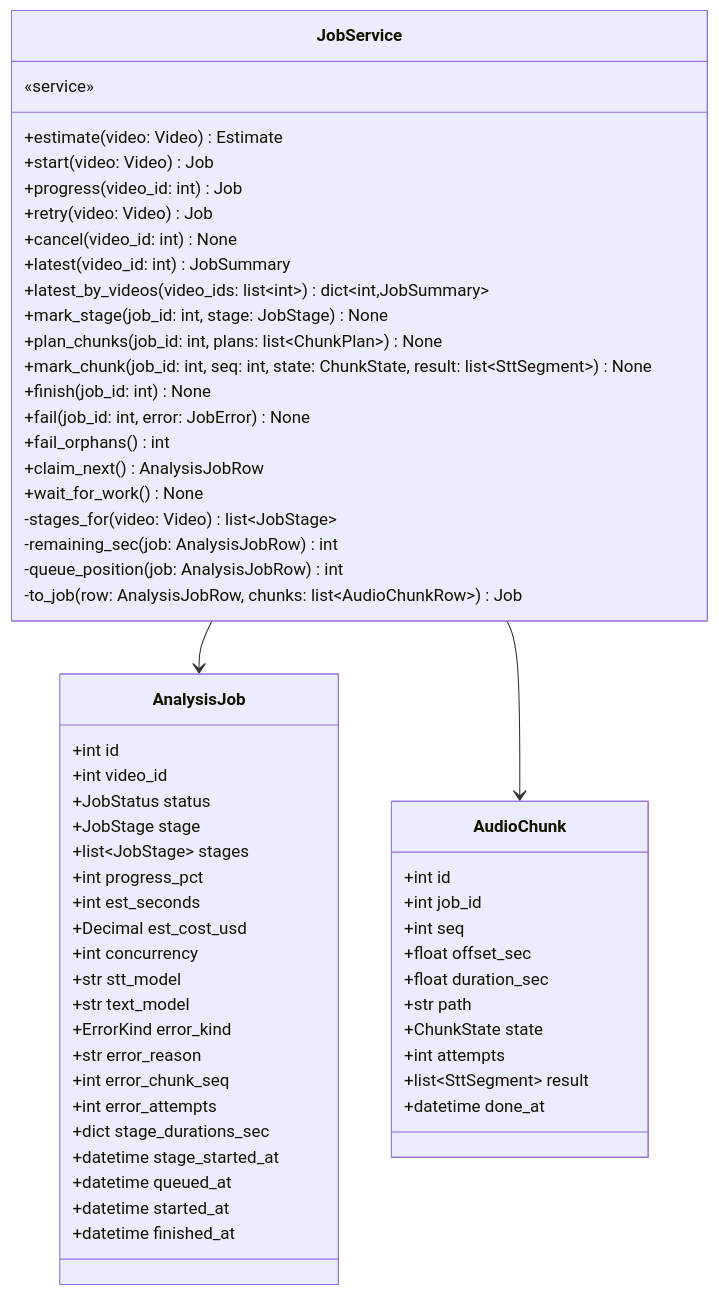
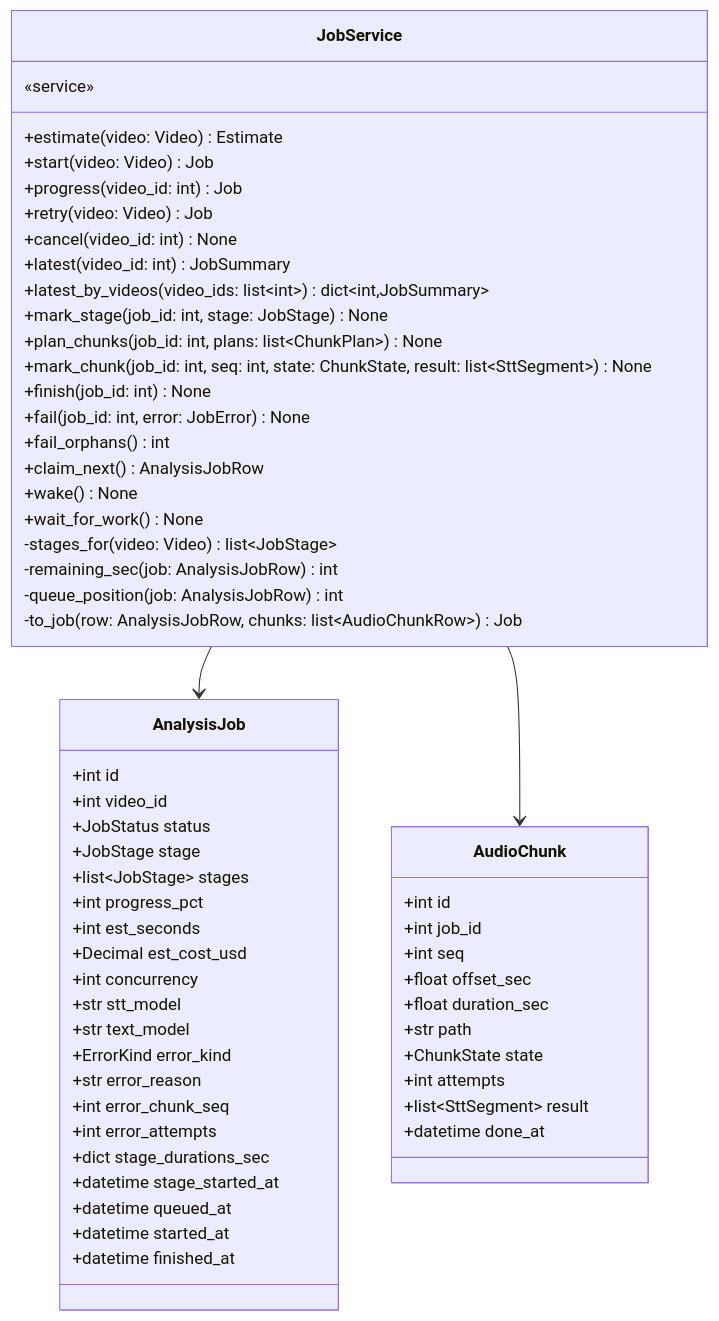
One commit to HoyoungParkme/video-agent changed diagram 15 of 18 in docs/specs/06-DOM/VA-DOM-002.md. Above: the diagram before and after it, drawn with Mermaid. The commit also changed other lines of this file, not shown here.

Commit message:
되먹임 모아 닫기 — wake·worker(load_video), .env 제자리 쓰기, require_key 비동기, api_key, prompts/__init__·shared/timecode, 7장 정리

````diff
--- a/docs/specs/06-DOM/VA-DOM-002.md
+++ b/docs/specs/06-DOM/VA-DOM-002.md
@@ -652,61 +658,62 @@
 ```mermaid
 classDiagram
     class JobService {
         «service»
         +estimate(video: Video) Estimate
         +start(video: Video) Job
         +progress(video_id: int) Job
         +retry(video: Video) Job
         +cancel(video_id: int) None
         +latest(video_id: int) JobSummary
         +latest_by_videos(video_ids: list~int~) dict~int,JobSummary~
         +mark_stage(job_id: int, stage: JobStage) None
         +plan_chunks(job_id: int, plans: list~ChunkPlan~) None
         +mark_chunk(job_id: int, seq: int, state: ChunkState, result: list~SttSegment~) None
         +finish(job_id: int) None
         +fail(job_id: int, error: JobError) None
         +fail_orphans() int
         +claim_next() AnalysisJobRow
+        +wake() None
         +wait_for_work() None
         -stages_for(video: Video) list~JobStage~
         -remaining_sec(job: AnalysisJobRow) int
         -queue_position(job: AnalysisJobRow) int
         -to_job(row: AnalysisJobRow, chunks: list~AudioChunkRow~) Job
     }
     class AnalysisJob {
         +int id
         +int video_id
         +JobStatus status
         +JobStage stage
         +list~JobStage~ stages
         +int progress_pct
         +int est_seconds
         +Decimal est_cost_usd
         +int concurrency
         +str stt_model
         +str text_model
         +ErrorKind error_kind
         +str error_reason
         +int error_chunk_seq
         +int error_attempts
         +dict stage_durations_sec
         +datetime stage_started_at
         +datetime queued_at
         +datetime started_at
         +datetime finished_at
     }
     class AudioChunk {
         +int id
         +int job_id
         +int seq
         +float offset_sec
         +float duration_sec
         +str path
         +ChunkState state
         +int attempts
         +list~SttSegment~ result
         +datetime done_at
     }
     JobService --> AnalysisJob
     JobService --> AudioChunk
 ```
````
